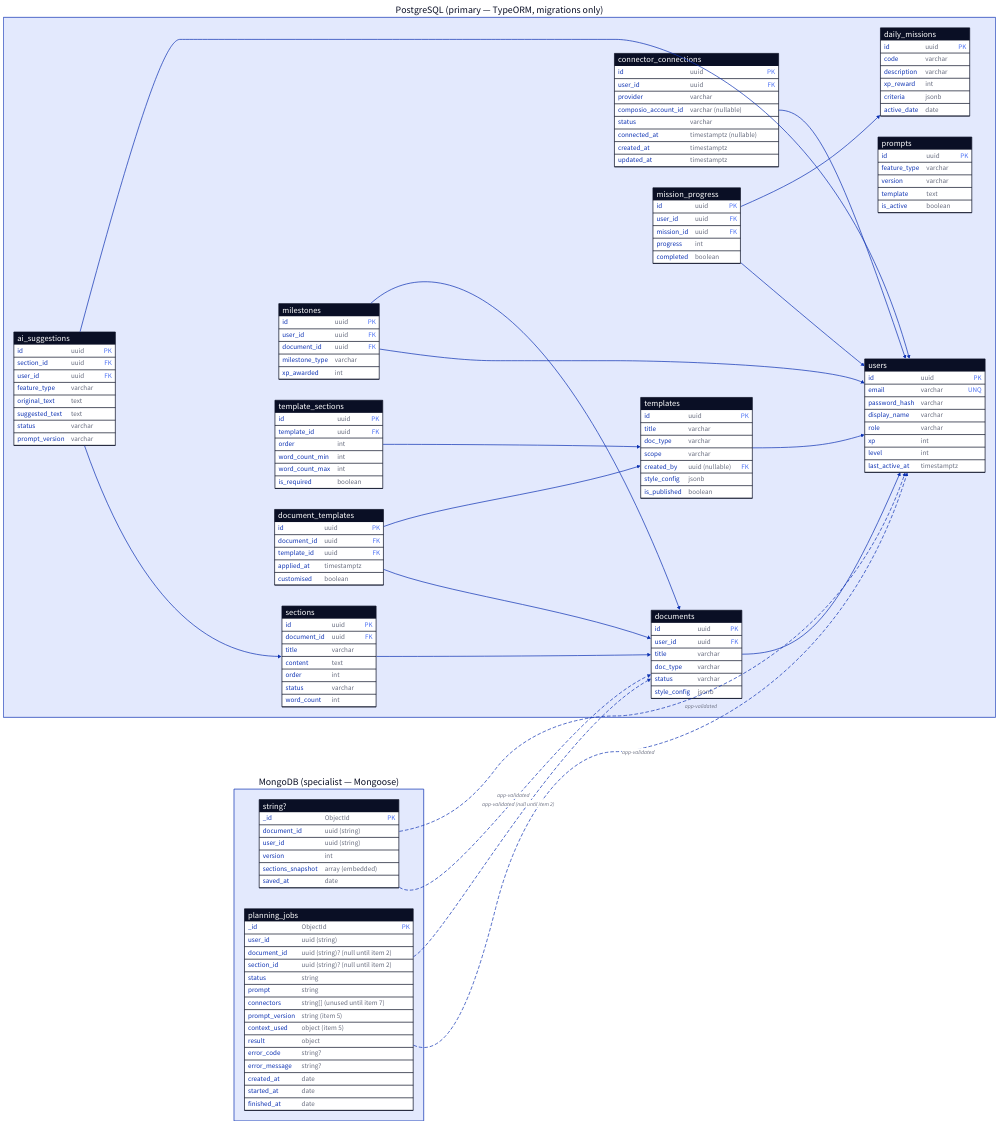
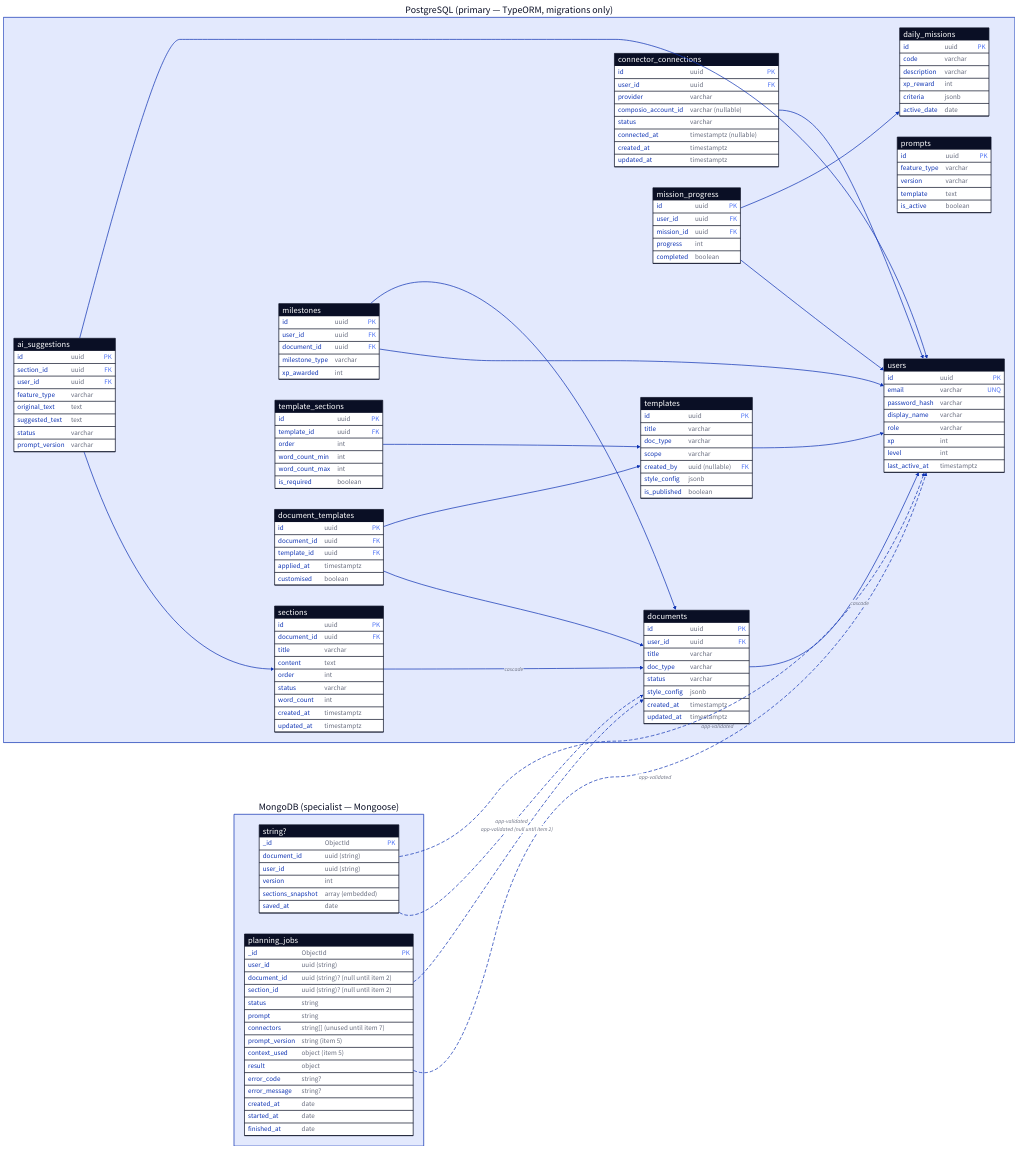
The diagram in docs/diagrams/database-schema.d2 (MemoFlow/memoflow-api), drawn with D2 before and after one commit. The commit also changed 49 other files, not shown here.

First line of the commit message:
feat(documents): documents + sections slice (roadmap item 2) (#16)

```diff
--- a/docs/diagrams/database-schema.d2
+++ b/docs/diagrams/database-schema.d2
@@ -1,186 +1,191 @@
 # MemoFlow database schema — derived from docs/database-schema.md (source of truth).
 # Render: d2 database-schema.d2 database-schema.svg
 # Solid edges = real FKs (PostgreSQL). Dashed edges = cross-DB uuid references,
 # validated by the application use-case layer — there is NO foreign key across DBs.
 
 direction: right
 
 pg: PostgreSQL (primary — TypeORM, migrations only) {
   users: {
     shape: sql_table
     id: uuid {constraint: primary_key}
     email: varchar {constraint: unique}
     password_hash: varchar
     display_name: varchar
     role: varchar
     xp: int
     level: int
     last_active_at: timestamptz
   }
 
   documents: {
     shape: sql_table
     id: uuid {constraint: primary_key}
     user_id: uuid {constraint: foreign_key}
     title: varchar
     doc_type: varchar
     status: varchar
     style_config: jsonb
+    created_at: timestamptz
+    updated_at: timestamptz
   }
 
+  # order indexed via composite (document_id, order) — IDX_sections_document_order.
   sections: {
     shape: sql_table
     id: uuid {constraint: primary_key}
     document_id: uuid {constraint: foreign_key}
     title: varchar
     content: text
     order: int
     status: varchar
     word_count: int
+    created_at: timestamptz
+    updated_at: timestamptz
   }
 
   ai_suggestions: {
     shape: sql_table
     id: uuid {constraint: primary_key}
     section_id: uuid {constraint: foreign_key}
     user_id: uuid {constraint: foreign_key}
     feature_type: varchar
     original_text: text
     suggested_text: text
     status: varchar
     prompt_version: varchar
   }
 
   prompts: {
     shape: sql_table
     id: uuid {constraint: primary_key}
     feature_type: varchar
     version: varchar
     template: text
     is_active: boolean
   }
 
   # No provider tokens — Composio is the OAuth vault + MCP host; this API keeps only
   # a connection reference. Unique composite index on (user_id, provider).
   connector_connections: {
     shape: sql_table
     id: uuid {constraint: primary_key}
     user_id: uuid {constraint: foreign_key}
     provider: varchar
     composio_account_id: "varchar (nullable)"
     status: varchar
     connected_at: "timestamptz (nullable)"
     created_at: timestamptz
     updated_at: timestamptz
   }
 
   milestones: {
     shape: sql_table
     id: uuid {constraint: primary_key}
     user_id: uuid {constraint: foreign_key}
     document_id: uuid {constraint: foreign_key}
     milestone_type: varchar
     xp_awarded: int
   }
 
   daily_missions: {
     shape: sql_table
     id: uuid {constraint: primary_key}
     code: varchar
     description: varchar
     xp_reward: int
     criteria: jsonb
     active_date: date
   }
 
   mission_progress: {
     shape: sql_table
     id: uuid {constraint: primary_key}
     user_id: uuid {constraint: foreign_key}
     mission_id: uuid {constraint: foreign_key}
     progress: int
     completed: boolean
   }
 
   templates: {
     shape: sql_table
     id: uuid {constraint: primary_key}
     title: varchar
     doc_type: varchar
     scope: varchar
     created_by: "uuid (nullable)" {constraint: foreign_key}
     style_config: jsonb
     is_published: boolean
   }
 
   template_sections: {
     shape: sql_table
     id: uuid {constraint: primary_key}
     template_id: uuid {constraint: foreign_key}
     order: int
     word_count_min: int
     word_count_max: int
     is_required: boolean
   }
 
   document_templates: {
     shape: sql_table
     id: uuid {constraint: primary_key}
     document_id: uuid {constraint: foreign_key}
     template_id: uuid {constraint: foreign_key}
     applied_at: timestamptz
     customised: boolean
   }
 
-  documents.user_id -> users.id
-  sections.document_id -> documents.id
+  documents.user_id -> users.id: cascade
+  sections.document_id -> documents.id: cascade
   ai_suggestions.section_id -> sections.id
   ai_suggestions.user_id -> users.id
   connector_connections.user_id -> users.id
   milestones.user_id -> users.id
   milestones.document_id -> documents.id
   mission_progress.user_id -> users.id
   mission_progress.mission_id -> daily_missions.id
   templates.created_by -> users.id
   template_sections.template_id -> templates.id
   document_templates.document_id -> documents.id
   document_templates.template_id -> templates.id
 }
 
 mongo: MongoDB (specialist — Mongoose) {
   document_versions: {
     shape: sql_table
     _id: ObjectId {constraint: primary_key}
     document_id: "uuid (string)"
     user_id: "uuid (string)"
     version: int
     "label": "string?"
     sections_snapshot: "array (embedded)"
     saved_at: date
   }
 
   planning_jobs: {
     shape: sql_table
     _id: ObjectId {constraint: primary_key}
     user_id: "uuid (string)"
     document_id: "uuid (string)? (null until item 2)"
     section_id: "uuid (string)? (null until item 2)"
     status: string
     prompt: string
     connectors: "string[] (unused until item 7)"
     prompt_version: "string (item 5)"
     context_used: "object (item 5)"
     result: object
     error_code: "string?"
     error_message: "string?"
     created_at: date
     started_at: date
     finished_at: date
   }
 }
 
 # Cross-DB references: plain uuids, validated by use-cases — no FK enforcement.
 mongo.document_versions.document_id -> pg.documents.id: app-validated {style.stroke-dash: 4}
 mongo.document_versions.user_id -> pg.users.id: app-validated {style.stroke-dash: 4}
 mongo.planning_jobs.user_id -> pg.users.id: app-validated {style.stroke-dash: 4}
 mongo.planning_jobs.document_id -> pg.documents.id: "app-validated (null until item 2)" {style.stroke-dash: 4}
```
